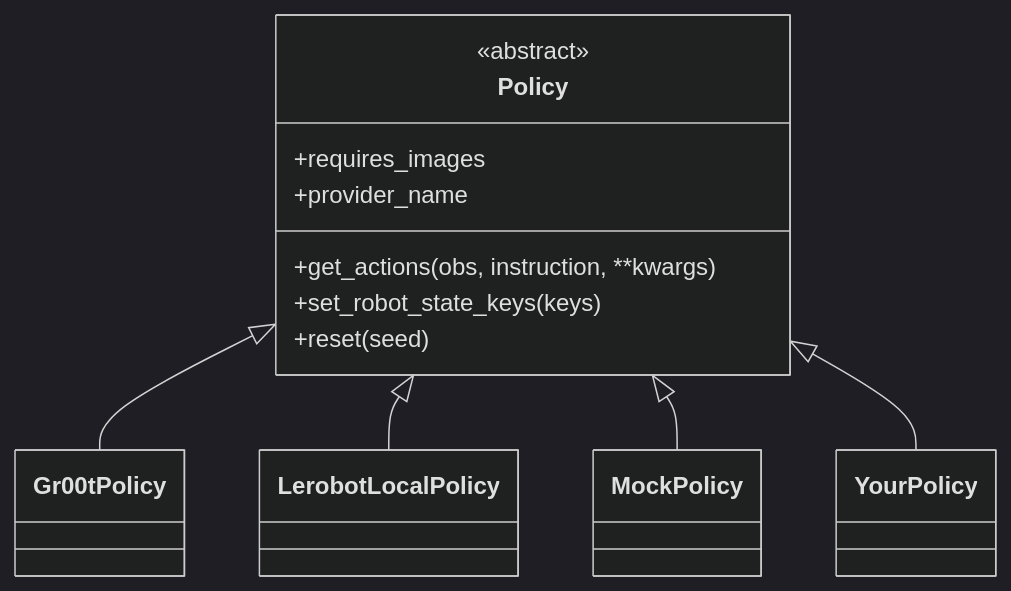
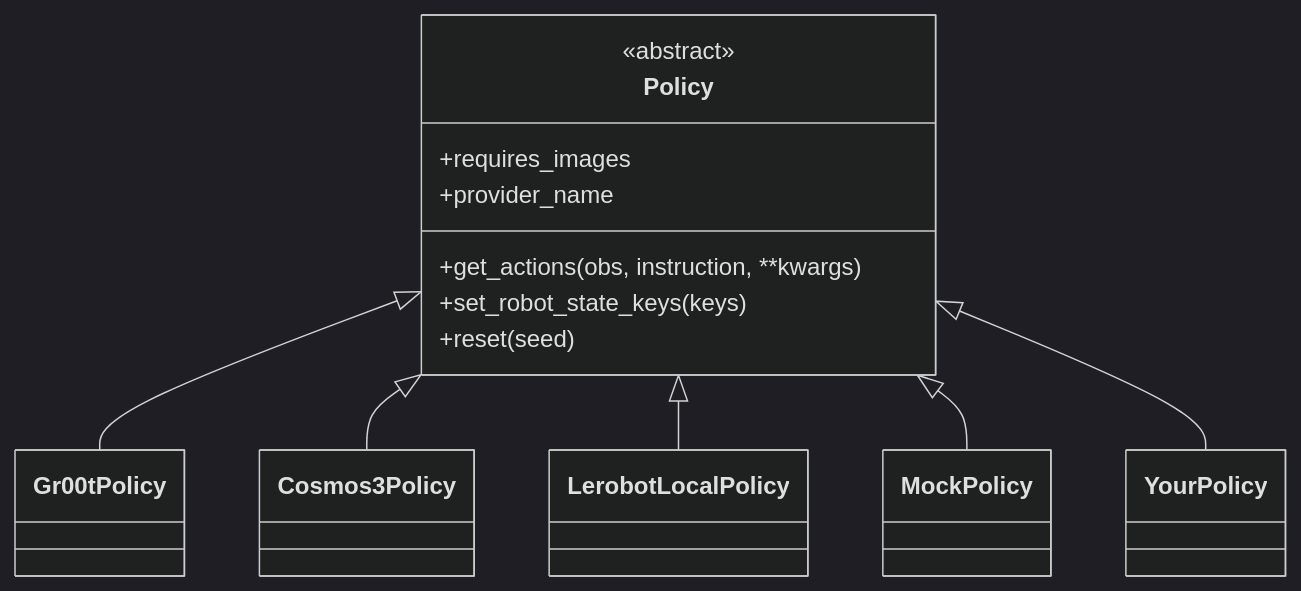
Before and after one commit to Vivek0712/robots: the second of 2 diagrams in README.md, drawn with Mermaid (dark theme). The commit also changed other lines of this file, not shown here.

First line of the commit message:
docs(readme): list Cosmos 3 provider in the summary tables (#957)

````diff
--- a/README.md
+++ b/README.md
@@ -558,19 +561,21 @@
 ```mermaid
 classDiagram
     class Policy {
         <<abstract>>
         +get_actions(obs, instruction, **kwargs)
         +set_robot_state_keys(keys)
         +requires_images
         +reset(seed)
         +provider_name
     }
     class Gr00tPolicy
+    class Cosmos3Policy
     class LerobotLocalPolicy
     class MockPolicy
     class YourPolicy
     Policy <|-- Gr00tPolicy
+    Policy <|-- Cosmos3Policy
     Policy <|-- LerobotLocalPolicy
     Policy <|-- MockPolicy
     Policy <|-- YourPolicy
 ```
````
